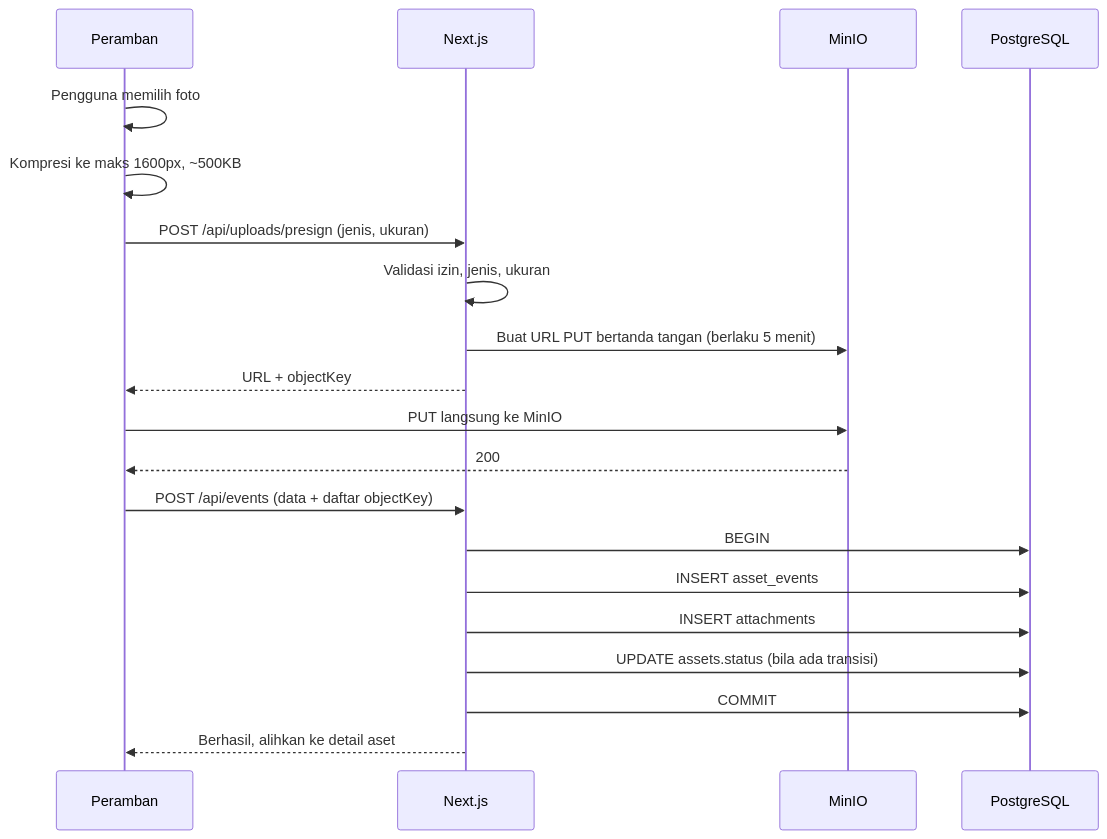
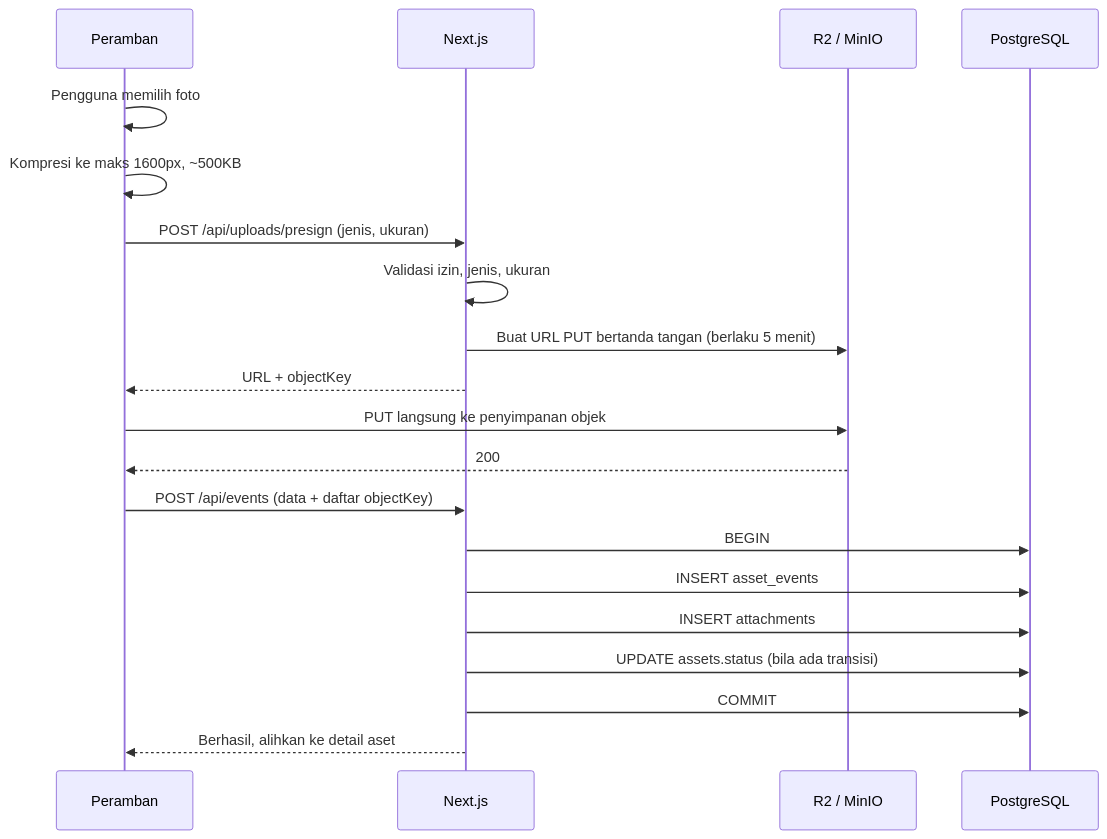
The third of 3 diagrams in docs/04-technical-architecture.md (mferdinandr/inventory-management), drawn with Mermaid before and after one commit. The commit also changed other lines of this file and 12 other files, not shown here.

````diff
--- a/docs/04-technical-architecture.md
+++ b/docs/04-technical-architecture.md
@@ -179,23 +195,23 @@
 ```mermaid
 sequenceDiagram
     participant B as Peramban
     participant N as Next.js
-    participant S as MinIO
+    participant S as R2 / MinIO
     participant DB as PostgreSQL
 
     B->>B: Pengguna memilih foto
     B->>B: Kompresi ke maks 1600px, ~500KB
     B->>N: POST /api/uploads/presign (jenis, ukuran)
     N->>N: Validasi izin, jenis, ukuran
     N->>S: Buat URL PUT bertanda tangan (berlaku 5 menit)
     N-->>B: URL + objectKey
-    B->>S: PUT langsung ke MinIO
+    B->>S: PUT langsung ke penyimpanan objek
     S-->>B: 200
     B->>N: POST /api/events (data + daftar objectKey)
     N->>DB: BEGIN
     N->>DB: INSERT asset_events
     N->>DB: INSERT attachments
     N->>DB: UPDATE assets.status (bila ada transisi)
     N->>DB: COMMIT
     N-->>B: Berhasil, alihkan ke detail aset
 ```
````
